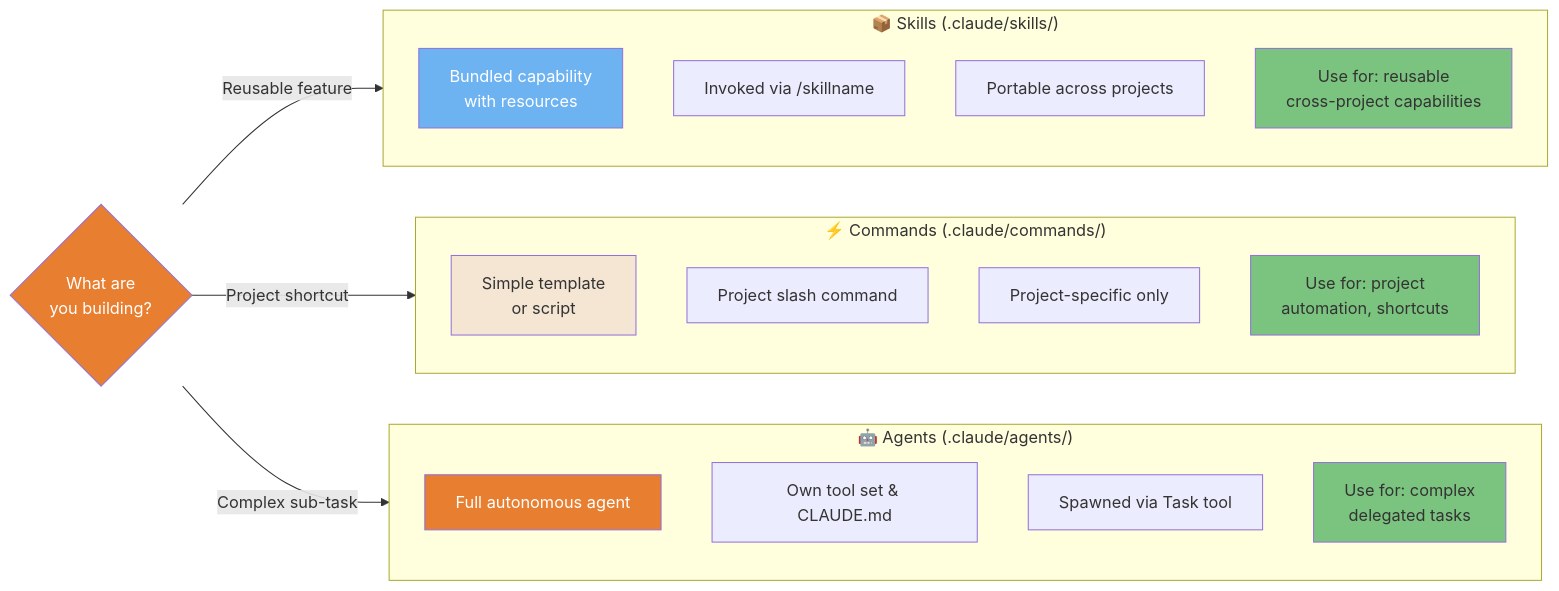
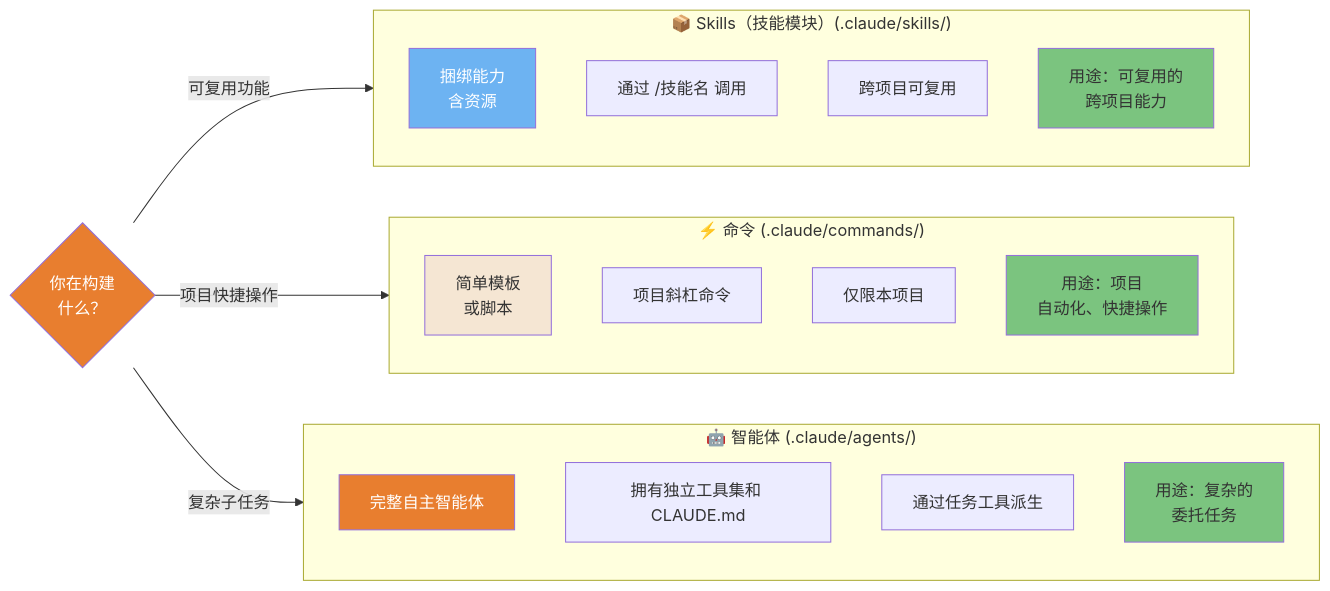
Before and after one commit to lawrencewzen/aispark-wiki: the second of 4 diagrams in claude-code/diagrams/03-configuration-system.md, drawn with Mermaid. The commit also changed other lines of this file and 82 other files, not shown here.

First line of the commit message:
feat: 完成 claude-code/ 目录全量中文翻译

````diff
--- a/claude-code/diagrams/03-configuration-system.md
+++ b/claude-code/diagrams/03-configuration-system.md
@@ -69,49 +69,49 @@
 ```mermaid
 flowchart LR
-    subgraph SKILLS["📦 Skills (.claude/skills/)"]
-        S1[Bundled capability<br/>with resources]
-        S2[Invoked via /skillname]
-        S3[Portable across projects]
-        S4["Use for: reusable<br/>cross-project capabilities"]
+    subgraph SKILLS["📦 Skills（技能模块）(.claude/skills/)"]
+        S1[捆绑能力<br/>含资源]
+        S2[通过 /技能名 调用]
+        S3[跨项目可复用]
+        S4["用途：可复用的<br/>跨项目能力"]
     end
 
-    subgraph COMMANDS["⚡ Commands (.claude/commands/)"]
-        C1[Simple template<br/>or script]
-        C2[Project slash command]
-        C3[Project-specific only]
-        C4["Use for: project<br/>automation, shortcuts"]
+    subgraph COMMANDS["⚡ 命令 (.claude/commands/)"]
+        C1[简单模板<br/>或脚本]
+        C2[项目斜杠命令]
+        C3[仅限本项目]
+        C4["用途：项目<br/>自动化、快捷操作"]
     end
 
-    subgraph AGENTS["🤖 Agents (.claude/agents/)"]
-        A1[Full autonomous agent]
-        A2[Own tool set & CLAUDE.md]
-        A3[Spawned via Task tool]
-        A4["Use for: complex<br/>delegated tasks"]
+    subgraph AGENTS["🤖 智能体 (.claude/agents/)"]
+        A1[完整自主智能体]
+        A2[拥有独立工具集和 CLAUDE.md]
+        A3[通过任务工具派生]
+        A4["用途：复杂的<br/>委托任务"]
     end
 
-    Q{What are<br/>you building?} --> |Reusable feature| SKILLS
-    Q --> |Project shortcut| COMMANDS
-    Q --> |Complex sub-task| AGENTS
+    Q{你在构建<br/>什么？} --> |可复用功能| SKILLS
+    Q --> |项目快捷操作| COMMANDS
+    Q --> |复杂子任务| AGENTS
 
     style S1 fill:#6DB3F2,color:#fff
     style S4 fill:#7BC47F,color:#333
     style C1 fill:#F5E6D3,color:#333
     style C4 fill:#7BC47F,color:#333
     style A1 fill:#E87E2F,color:#fff
     style A4 fill:#7BC47F,color:#333
     style Q fill:#E87E2F,color:#fff
 
-    click S1 href "https://github.com/claude-code-ultimate-guide/claude-code-ultimate-guide/blob/main/guide/ultimate-guide.md#51-understanding-skills" "Skills: Bundled capability"
-    click S2 href "https://github.com/claude-code-ultimate-guide/claude-code-ultimate-guide/blob/main/guide/ultimate-guide.md#51-understanding-skills" "Skills: Invoked via /skillname"
-    click S3 href "https://github.com/claude-code-ultimate-guide/claude-code-ultimate-guide/blob/main/guide/ultimate-guide.md#51-understanding-skills" "Skills: Portable across projects"
-    click S4 href "https://github.com/claude-code-ultimate-guide/claude-code-ultimate-guide/blob/main/guide/ultimate-guide.md#51-understanding-skills" "Skills: Reusable capabilities"
-    click C1 href "https://github.com/claude-code-ultimate-guide/claude-code-ultimate-guide/blob/main/guide/ultimate-guide.md#62-creating-custom-commands" "Commands: Simple template"
-    click C2 href "https://github.com/claude-code-ultimate-guide/claude-code-ultimate-guide/blob/main/guide/ultimate-guide.md#62-creating-custom-commands" "Commands: Project slash command"
-    click C3 href "https://github.com/claude-code-ultimate-guide/claude-code-ultimate-guide/blob/main/guide/ultimate-guide.md#62-creating-custom-commands" "Commands: Project-specific"
-    click C4 href "https://github.com/claude-code-ultimate-guide/claude-code-ultimate-guide/blob/main/guide/ultimate-guide.md#62-creating-custom-commands" "Commands: Project automation"
-    click A1 href "https://github.com/claude-code-ultimate-guide/claude-code-ultimate-guide/blob/main/guide/ultimate-guide.md#41-what-are-agents" "Agents: Full autonomous"
-    click A2 href "https://github.com/claude-code-ultimate-guide/claude-code-ultimate-guide/blob/main/guide/ultimate-guide.md#41-what-are-agents" "Agents: Own tool set"
-    click A3 href "https://github.com/claude-code-ultimate-guide/claude-code-ultimate-guide/blob/main/guide/ultimate-guide.md#41-what-are-agents" "Agents: Spawned via Task tool"
-    click A4 href "https://github.com/claude-code-ultimate-guide/claude-code-ultimate-guide/blob/main/guide/ultimate-guide.md#41-what-are-agents" "Agents: Complex delegated tasks"
-    click Q href "https://github.com/claude-code-ultimate-guide/claude-code-ultimate-guide/blob/main/guide/ultimate-guide.md#41-what-are-agents" "What are you building?"
+    click S1 href "https://github.com/claude-code-ultimate-guide/claude-code-ultimate-guide/blob/main/guide/ultimate-guide.md#51-understanding-skills" "Skills：捆绑能力"
+    click S2 href "https://github.com/claude-code-ultimate-guide/claude-code-ultimate-guide/blob/main/guide/ultimate-guide.md#51-understanding-skills" "Skills：通过 /技能名 调用"
+    click S3 href "https://github.com/claude-code-ultimate-guide/claude-code-ultimate-guide/blob/main/guide/ultimate-guide.md#51-understanding-skills" "Skills：跨项目可复用"
+    click S4 href "https://github.com/claude-code-ultimate-guide/claude-code-ultimate-guide/blob/main/guide/ultimate-guide.md#51-understanding-skills" "Skills：可复用能力"
+    click C1 href "https://github.com/claude-code-ultimate-guide/claude-code-ultimate-guide/blob/main/guide/ultimate-guide.md#62-creating-custom-commands" "命令：简单模板"
+    click C2 href "https://github.com/claude-code-ultimate-guide/claude-code-ultimate-guide/blob/main/guide/ultimate-guide.md#62-creating-custom-commands" "命令：项目斜杠命令"
+    click C3 href "https://github.com/claude-code-ultimate-guide/claude-code-ultimate-guide/blob/main/guide/ultimate-guide.md#62-creating-custom-commands" "命令：仅限本项目"
+    click C4 href "https://github.com/claude-code-ultimate-guide/claude-code-ultimate-guide/blob/main/guide/ultimate-guide.md#62-creating-custom-commands" "命令：项目自动化"
+    click A1 href "https://github.com/claude-code-ultimate-guide/claude-code-ultimate-guide/blob/main/guide/ultimate-guide.md#41-what-are-agents" "智能体：完整自主"
+    click A2 href "https://github.com/claude-code-ultimate-guide/claude-code-ultimate-guide/blob/main/guide/ultimate-guide.md#41-what-are-agents" "智能体：独立工具集"
+    click A3 href "https://github.com/claude-code-ultimate-guide/claude-code-ultimate-guide/blob/main/guide/ultimate-guide.md#41-what-are-agents" "智能体：通过任务工具派生"
+    click A4 href "https://github.com/claude-code-ultimate-guide/claude-code-ultimate-guide/blob/main/guide/ultimate-guide.md#41-what-are-agents" "智能体：复杂委托任务"
+    click Q href "https://github.com/claude-code-ultimate-guide/claude-code-ultimate-guide/blob/main/guide/ultimate-guide.md#41-what-are-agents" "你在构建什么？"
 ```
````
